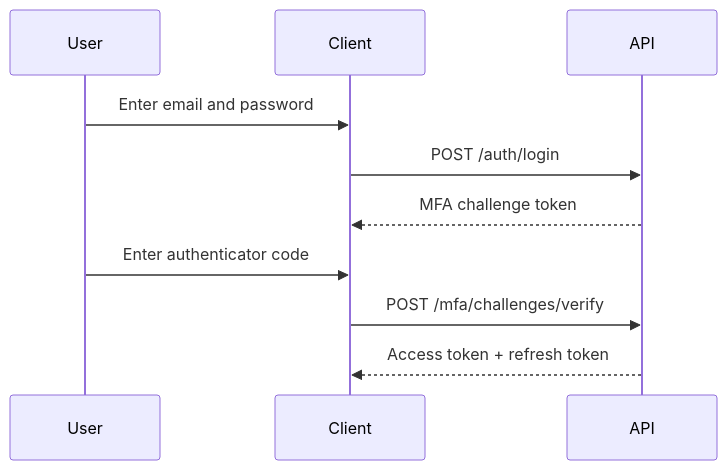
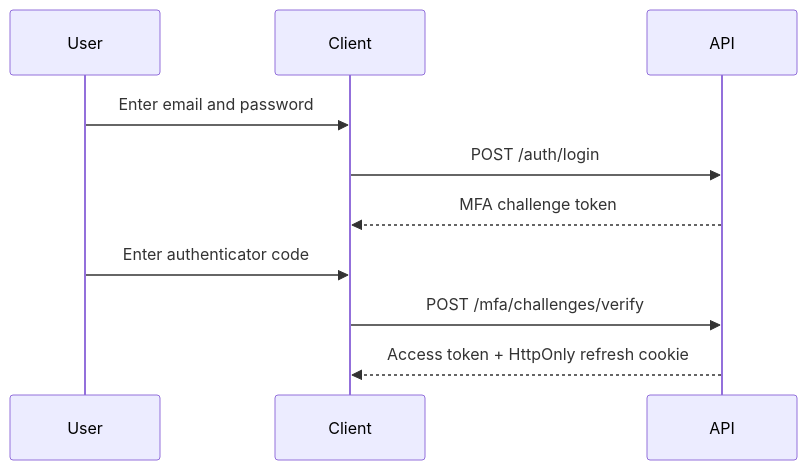
The third of 3 diagrams in docs/onboarding-and-authentication.md (Kingmoballs/CorporateTreasuryPlatform), drawn with Mermaid before and after one commit. The commit also changed other lines of this file and 32 other files, not shown here.

````diff
--- a/docs/onboarding-and-authentication.md
+++ b/docs/onboarding-and-authentication.md
@@ -132,13 +134,13 @@
 ```mermaid
 sequenceDiagram
     participant User
     participant Client
     participant API
 
     User->>Client: Enter email and password
     Client->>API: POST /auth/login
     API-->>Client: MFA challenge token
     User->>Client: Enter authenticator code
     Client->>API: POST /mfa/challenges/verify
-    API-->>Client: Access token + refresh token
+    API-->>Client: Access token + HttpOnly refresh cookie
 ```
````
